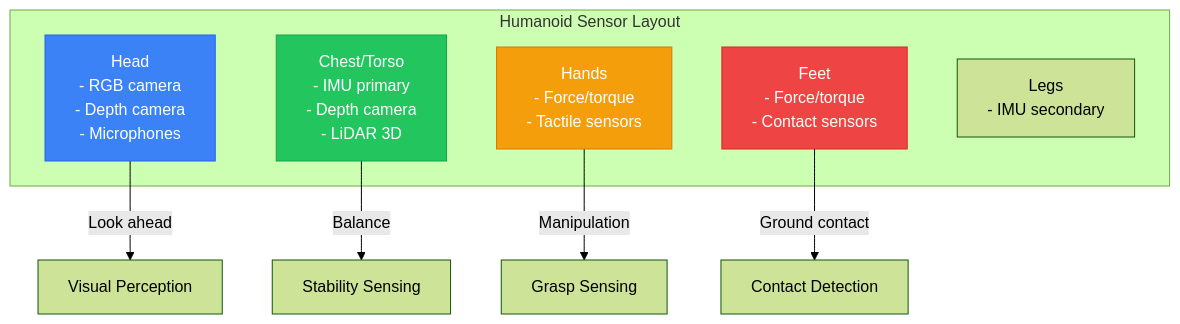
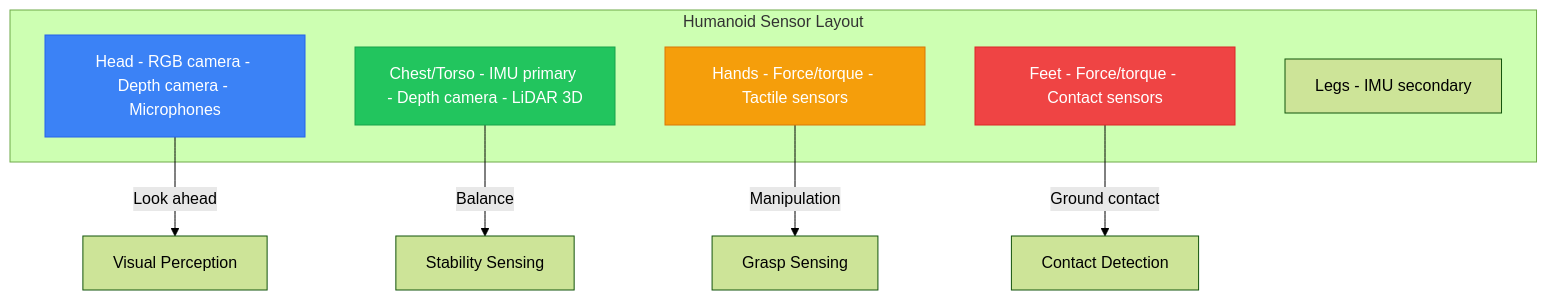
One commit to shakir-hussain1/physical-AI-and-humanoid-robotics-textbook-by-shakir-hussain changed the fifth of 5 diagrams in docs/modules/module-2-digital-twin/chapter-07-sensors.md. Above: the diagram before and after it, drawn with Mermaid (forest theme). The commit also changed other lines of this file and 17 other files, not shown here.

Commit message:
fix: Remove br tags from Mermaid diagrams causing parse errors

````diff
--- a/docs/modules/module-2-digital-twin/chapter-07-sensors.md
+++ b/docs/modules/module-2-digital-twin/chapter-07-sensors.md
@@ -556,20 +556,20 @@
 ```mermaid
 flowchart TD
     subgraph Humanoid["Humanoid Sensor Layout"]
-        HEAD[Head<br/>- RGB camera<br/>- Depth camera<br/>- Microphones]
-        CHEST[Chest/Torso<br/>- IMU primary<br/>- Depth camera<br/>- LiDAR 3D]
-        HANDS[Hands<br/>- Force/torque<br/>- Tactile sensors]
-        FEET[Feet<br/>- Force/torque<br/>- Contact sensors]
-        LEGS[Legs<br/>- IMU secondary]
+        HEAD[Head - RGB camera - Depth camera - Microphones]
+        CHEST[Chest/Torso - IMU primary - Depth camera - LiDAR 3D]
+        HANDS[Hands - Force/torque - Tactile sensors]
+        FEET[Feet - Force/torque - Contact sensors]
+        LEGS[Legs - IMU secondary]
     end
 
     HEAD --> |Look ahead| VISION[Visual Perception]
     CHEST --> |Balance| BALANCE[Stability Sensing]
     HANDS --> |Manipulation| MANIP[Grasp Sensing]
     FEET --> |Ground contact| CONTACT[Contact Detection]
 
     style HEAD fill:#3b82f6,stroke:#2563eb,color:#fff
     style CHEST fill:#22c55e,stroke:#16a34a,color:#fff
     style HANDS fill:#f59e0b,stroke:#d97706,color:#fff
     style FEET fill:#ef4444,stroke:#dc2626,color:#fff
 ```
````
